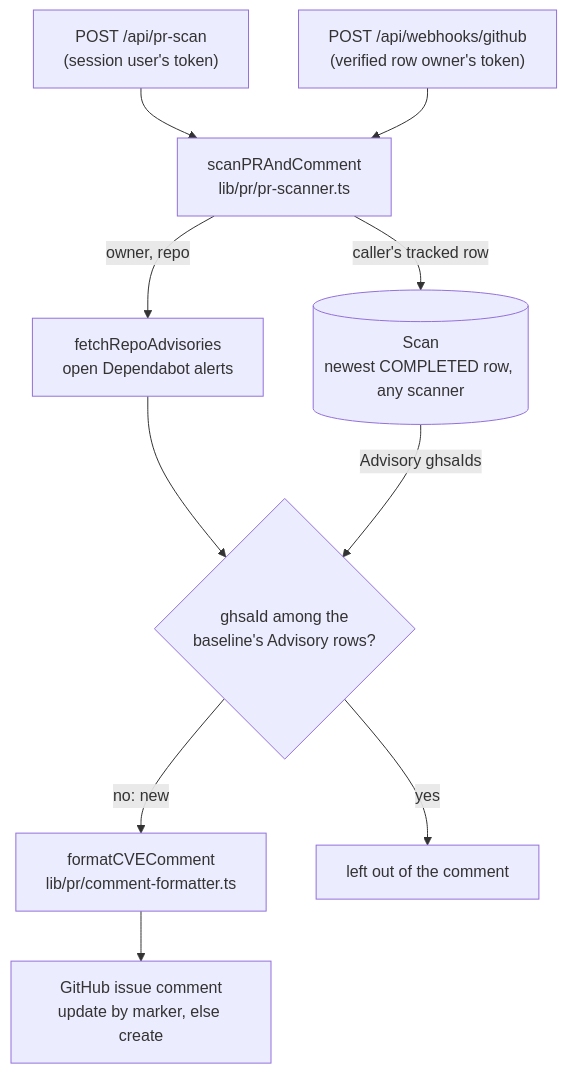
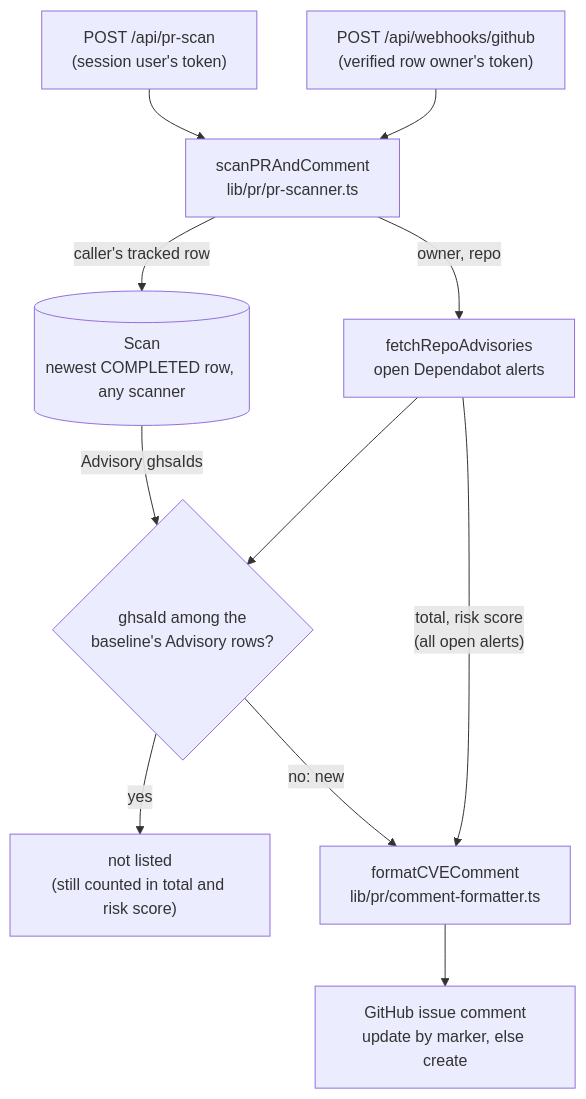
The diagram in docs/okf/pr-scan-semantics.md (LanNguyenSi/depsight), drawn with Mermaid before and after one commit. The commit also changed other lines of this file and 5 other files, not shown here.

````diff
--- a/docs/okf/pr-scan-semantics.md
+++ b/docs/okf/pr-scan-semantics.md
@@ -31,12 +31,13 @@
 ```mermaid
 flowchart TD
   A["POST /api/pr-scan<br/>(session user's token)"] --> S["scanPRAndComment<br/>lib/pr/pr-scanner.ts"]
   B["POST /api/webhooks/github<br/>(verified row owner's token)"] --> S
+  S -->|"caller's tracked row"| P[("Scan<br/>newest COMPLETED row, any scanner")]
   S -->|"owner, repo"| D["fetchRepoAdvisories<br/>open Dependabot alerts"]
-  S -->|"caller's tracked row"| P[("Scan<br/>newest COMPLETED row, any scanner")]
   D --> N{"ghsaId among the<br/>baseline's Advisory rows?"}
   P -->|"Advisory ghsaIds"| N
+  N -->|"yes"| X["not listed<br/>(still counted in total and risk score)"]
   N -->|"no: new"| F["formatCVEComment<br/>lib/pr/comment-formatter.ts"]
-  N -->|"yes"| X["left out of the comment"]
+  D -->|"total, risk score<br/>(all open alerts)"| F
   F --> G["GitHub issue comment<br/>update by marker, else create"]
 ```
````
